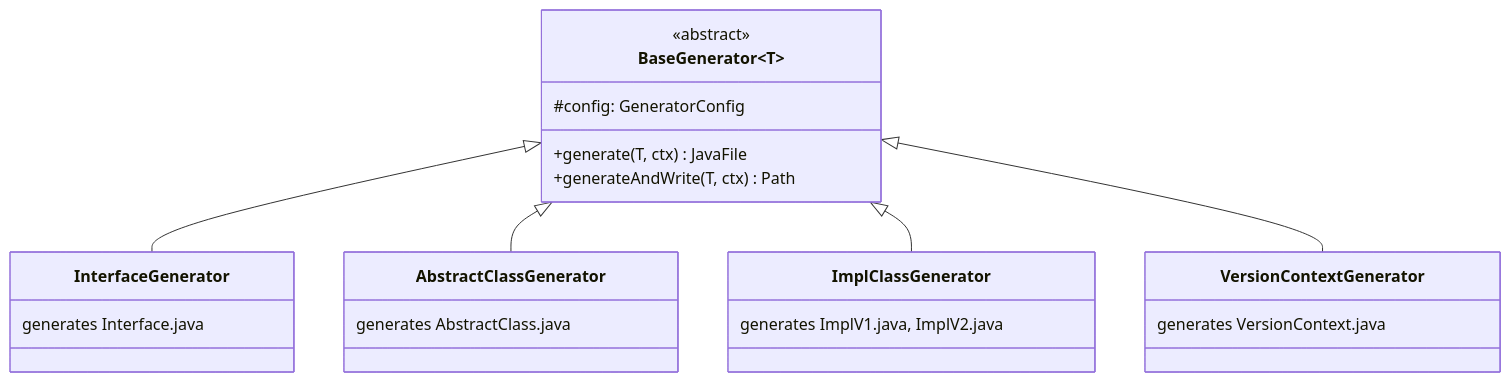
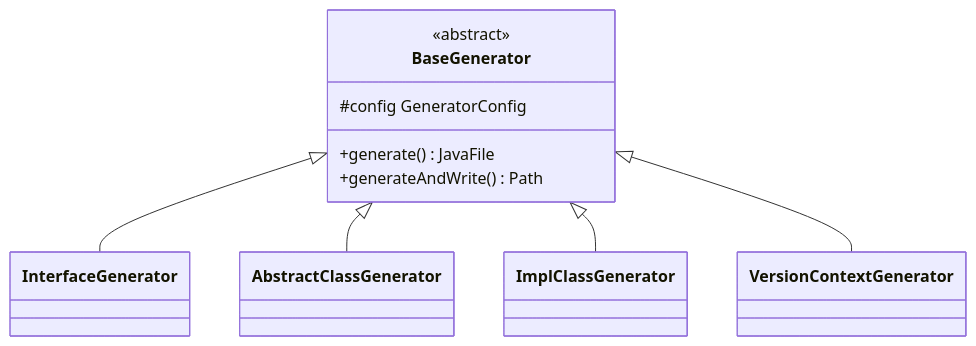
Before and after one commit to alnovis/proto-wrapper-plugin: the first of 6 diagrams in docs/ARCHITECTURE.md, drawn with Mermaid. The commit also changed other lines of this file, not shown here.

First line of the commit message:
fix(docs): simplify Mermaid diagrams for GitHub compatibility

````diff
--- a/docs/ARCHITECTURE.md
+++ b/docs/ARCHITECTURE.md
@@ -265,32 +265,21 @@
 ```mermaid
 classDiagram
     direction TB
 
-    class BaseGenerator~T~ {
+    class BaseGenerator {
         <<abstract>>
-        #config: GeneratorConfig
-        +generate(T, ctx) JavaFile
-        +generateAndWrite(T, ctx) Path
+        #config GeneratorConfig
+        +generate() JavaFile
+        +generateAndWrite() Path
     }
 
-    class InterfaceGenerator {
-        generates Interface.java
-    }
-
-    class AbstractClassGenerator {
-        generates AbstractClass.java
-    }
-
-    class ImplClassGenerator {
-        generates ImplV1.java, ImplV2.java
-    }
-
-    class VersionContextGenerator {
-        generates VersionContext.java
-    }
+    class InterfaceGenerator
+    class AbstractClassGenerator
+    class ImplClassGenerator
+    class VersionContextGenerator
 
     BaseGenerator <|-- InterfaceGenerator
     BaseGenerator <|-- AbstractClassGenerator
     BaseGenerator <|-- ImplClassGenerator
     BaseGenerator <|-- VersionContextGenerator
 ```
````
